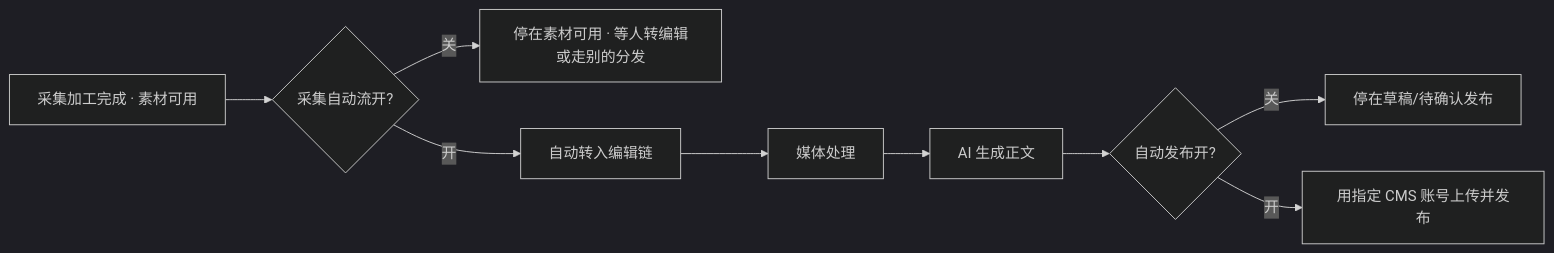
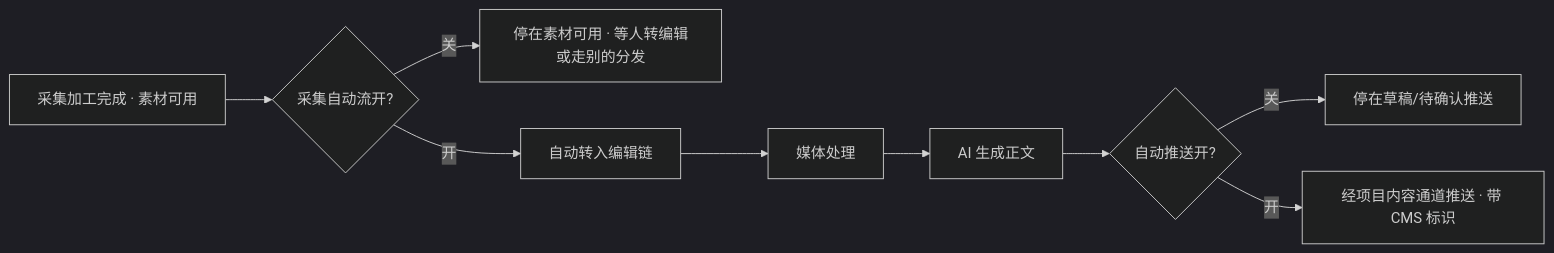
The second of 10 diagrams in fangzhou/方舟-To-Be主流程泳道图.md (limliu520/OverseasCompany), drawn with Mermaid (dark theme) before and after one commit. The commit also changed other lines of this file and 32 other files, not shown here.

````diff
--- a/fangzhou/方舟-To-Be主流程泳道图.md
+++ b/fangzhou/方舟-To-Be主流程泳道图.md
@@ -128,11 +130,11 @@
 ```mermaid
 flowchart LR
   X1[采集加工完成 · 素材可用] --> X2{采集自动流开?}
   X2 -->|关| X3[停在素材可用 · 等人转编辑或走别的分发]
   X2 -->|开| X4[自动转入编辑链]
   X4 --> X5[媒体处理]
   X5 --> X6[AI 生成正文]
-  X6 --> X7{自动发布开?}
-  X7 -->|关| X8[停在草稿/待确认发布]
-  X7 -->|开| X9[用指定 CMS 账号上传并发布]
+  X6 --> X7{自动推送开?}
+  X7 -->|关| X8[停在草稿/待确认推送]
+  X7 -->|开| X9[经项目内容通道推送 · 带 CMS 标识]
 ```
````
